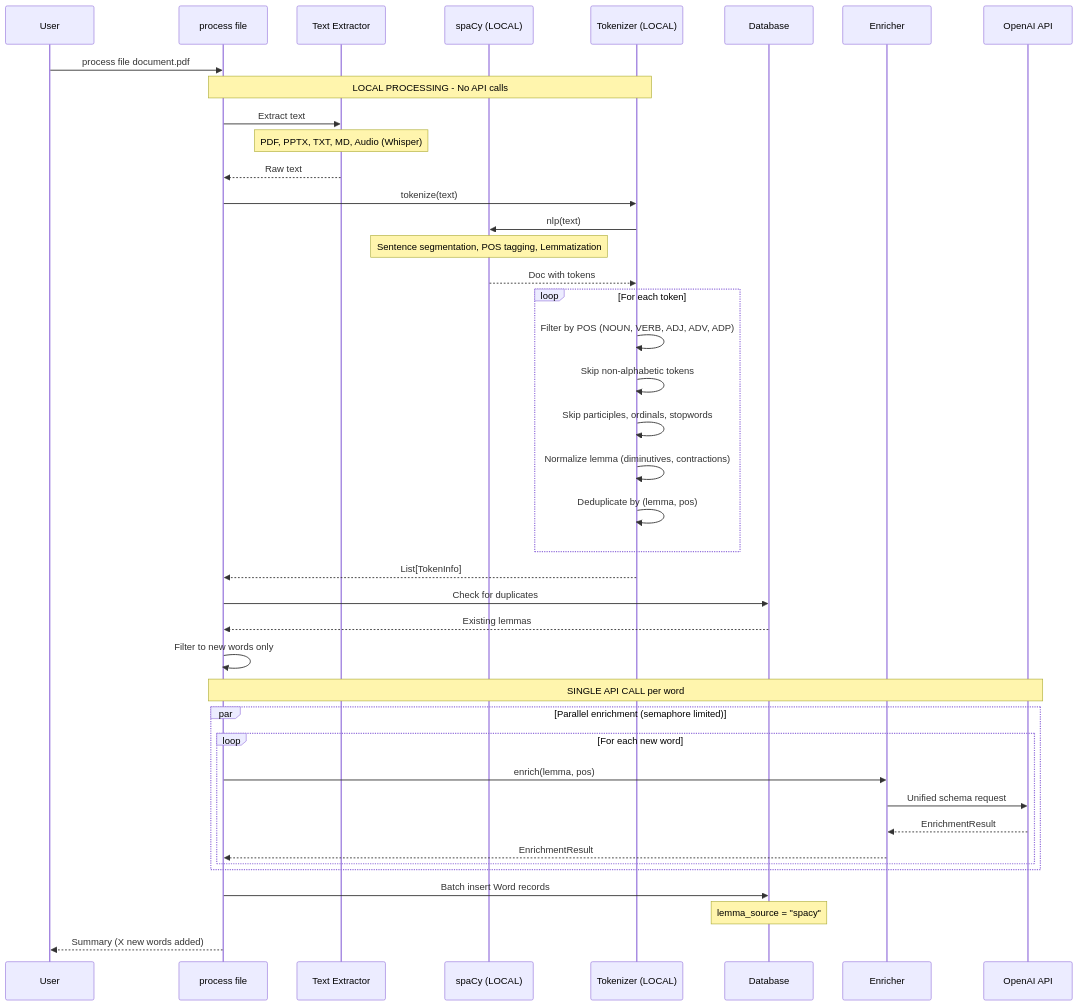
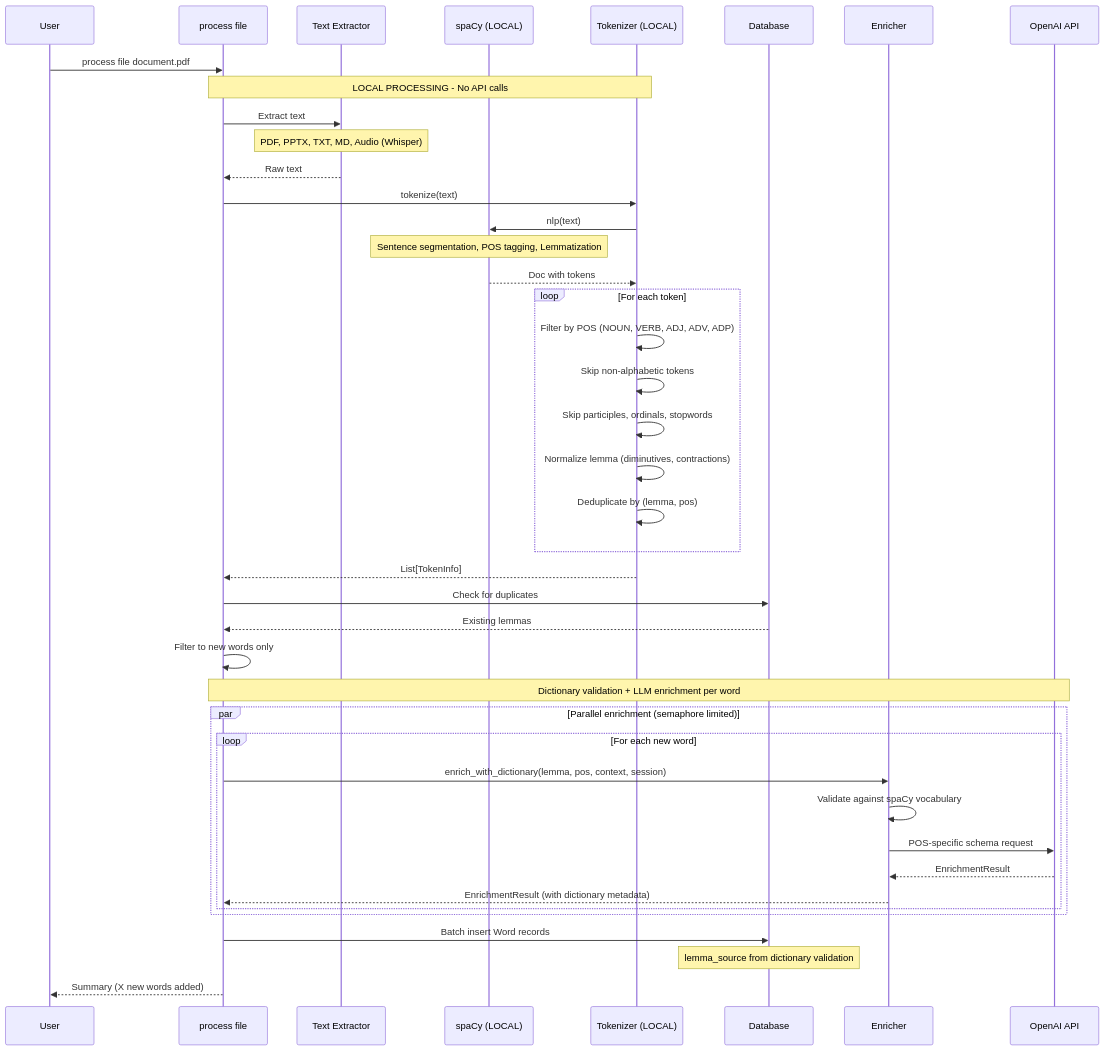
One commit to sapientpants/vocabext changed the second of 9 diagrams in docs/llm-pipelines.md. Above: the diagram before and after it, drawn with Mermaid. The commit also changed other lines of this file and 3 other files, not shown here.

First line of the commit message:
feat: unify enrichment pipeline with dictionary validation

````diff
--- a/docs/llm-pipelines.md
+++ b/docs/llm-pipelines.md
@@ -71,51 +74,52 @@
 ```mermaid
 sequenceDiagram
     participant User
     participant CLI as process file
     participant Extractor as Text Extractor
     participant spaCy as spaCy (LOCAL)
     participant Tokenizer as Tokenizer (LOCAL)
     participant DB as Database
     participant Enricher
     participant API as OpenAI API
 
     User->>CLI: process file document.pdf
 
     Note over CLI,Tokenizer: LOCAL PROCESSING - No API calls
     CLI->>Extractor: Extract text
     Note over Extractor: PDF, PPTX, TXT, MD, Audio (Whisper)
     Extractor-->>CLI: Raw text
 
     CLI->>Tokenizer: tokenize(text)
     Tokenizer->>spaCy: nlp(text)
     Note over spaCy: Sentence segmentation, POS tagging, Lemmatization
     spaCy-->>Tokenizer: Doc with tokens
 
     loop For each token
         Tokenizer->>Tokenizer: Filter by POS (NOUN, VERB, ADJ, ADV, ADP)
         Tokenizer->>Tokenizer: Skip non-alphabetic tokens
         Tokenizer->>Tokenizer: Skip participles, ordinals, stopwords
         Tokenizer->>Tokenizer: Normalize lemma (diminutives, contractions)
         Tokenizer->>Tokenizer: Deduplicate by (lemma, pos)
     end
 
     Tokenizer-->>CLI: List[TokenInfo]
 
     CLI->>DB: Check for duplicates
     DB-->>CLI: Existing lemmas
     CLI->>CLI: Filter to new words only
 
-    Note over CLI,API: SINGLE API CALL per word
+    Note over CLI,API: Dictionary validation + LLM enrichment per word
     par Parallel enrichment (semaphore limited)
         loop For each new word
-            CLI->>Enricher: enrich(lemma, pos)
-            Enricher->>API: Unified schema request
+            CLI->>Enricher: enrich_with_dictionary(lemma, pos, context, session)
+            Enricher->>Enricher: Validate against spaCy vocabulary
+            Enricher->>API: POS-specific schema request
             API-->>Enricher: EnrichmentResult
-            Enricher-->>CLI: EnrichmentResult
+            Enricher-->>CLI: EnrichmentResult (with dictionary metadata)
         end
     end
 
     CLI->>DB: Batch insert Word records
-    Note over DB: lemma_source = "spacy"
+    Note over DB: lemma_source from dictionary validation
     CLI-->>User: Summary (X new words added)
 ```
````
